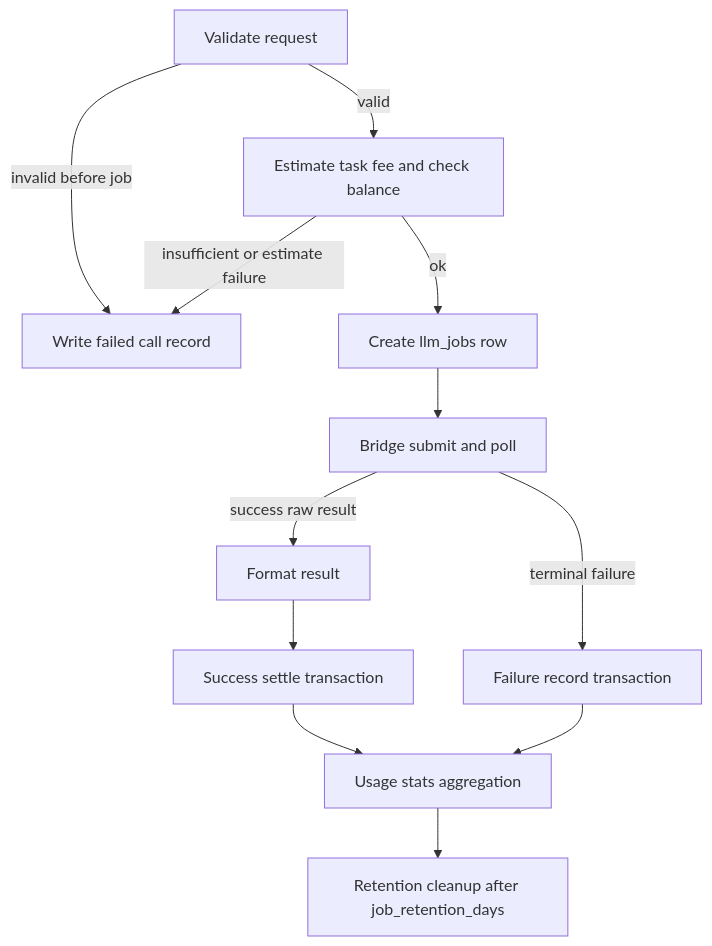
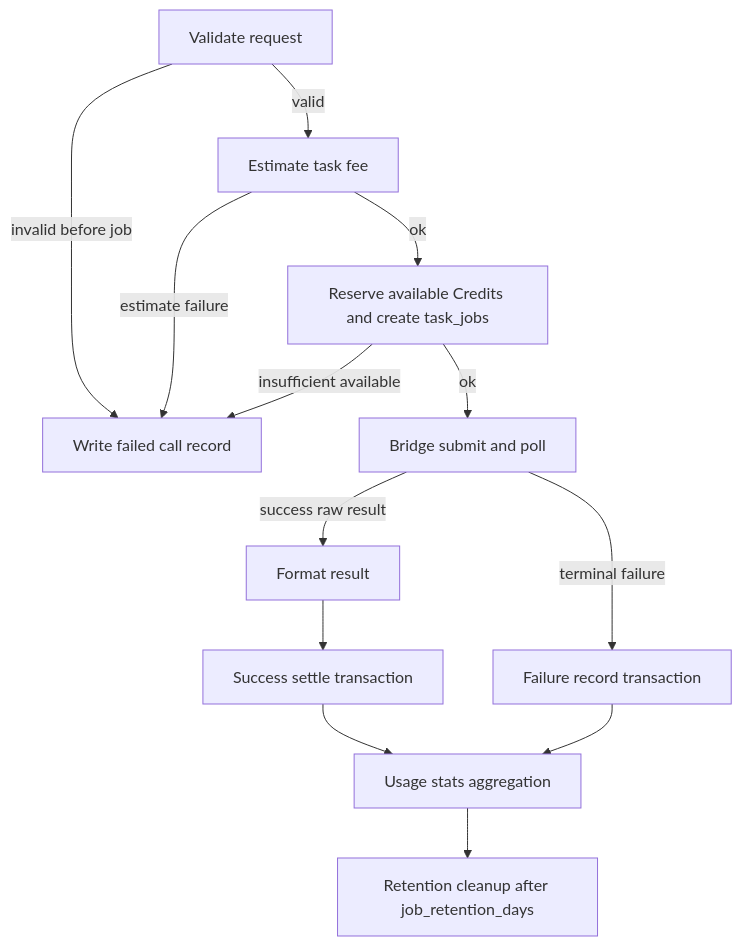
One commit to crynux-network/crynux-as changed the diagram in docs/llm-job-processing.md. Above: the diagram before and after it, drawn with Mermaid. The commit also changed other lines of this file and 21 other files, not shown here.

Commit message:
[feature] pre-lock credits before sending task

````diff
--- a/docs/llm-job-processing.md
+++ b/docs/llm-job-processing.md
@@ -69,14 +74,15 @@
 ```mermaid
 flowchart TD
   A[Validate request] -->|invalid before job| F[Write failed call record]
-  A -->|valid| B[Estimate task fee and check balance]
-  B -->|insufficient or estimate failure| F
-  B -->|ok| C[Create llm_jobs row]
-  C --> D[Bridge submit and poll]
+  A -->|valid| B[Estimate task fee]
+  B -->|estimate failure| F
+  B -->|ok| C[Reserve available Credits and create task_jobs]
+  C -->|insufficient available| F
+  C -->|ok| D[Bridge submit and poll]
   D -->|success raw result| E[Format result]
   E --> G[Success settle transaction]
   D -->|terminal failure| H[Failure record transaction]
   G --> I[Usage stats aggregation]
   H --> I
   I --> J[Retention cleanup after job_retention_days]
 ```
````
